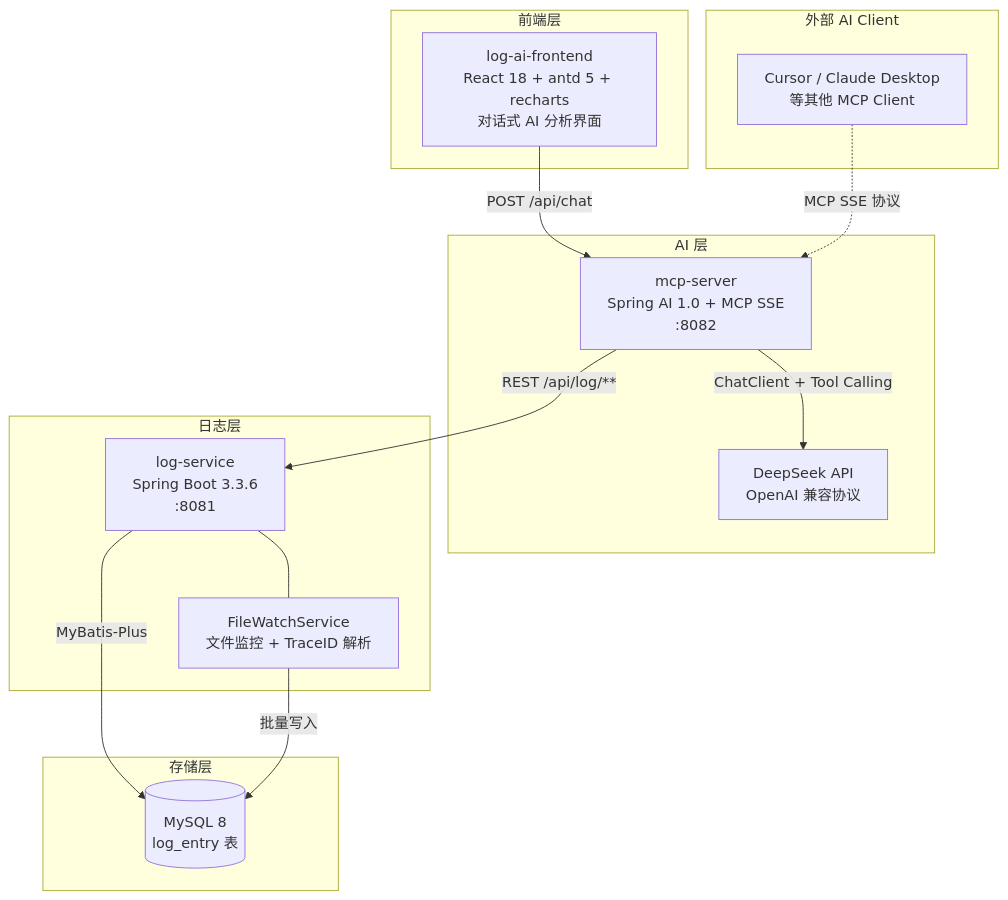
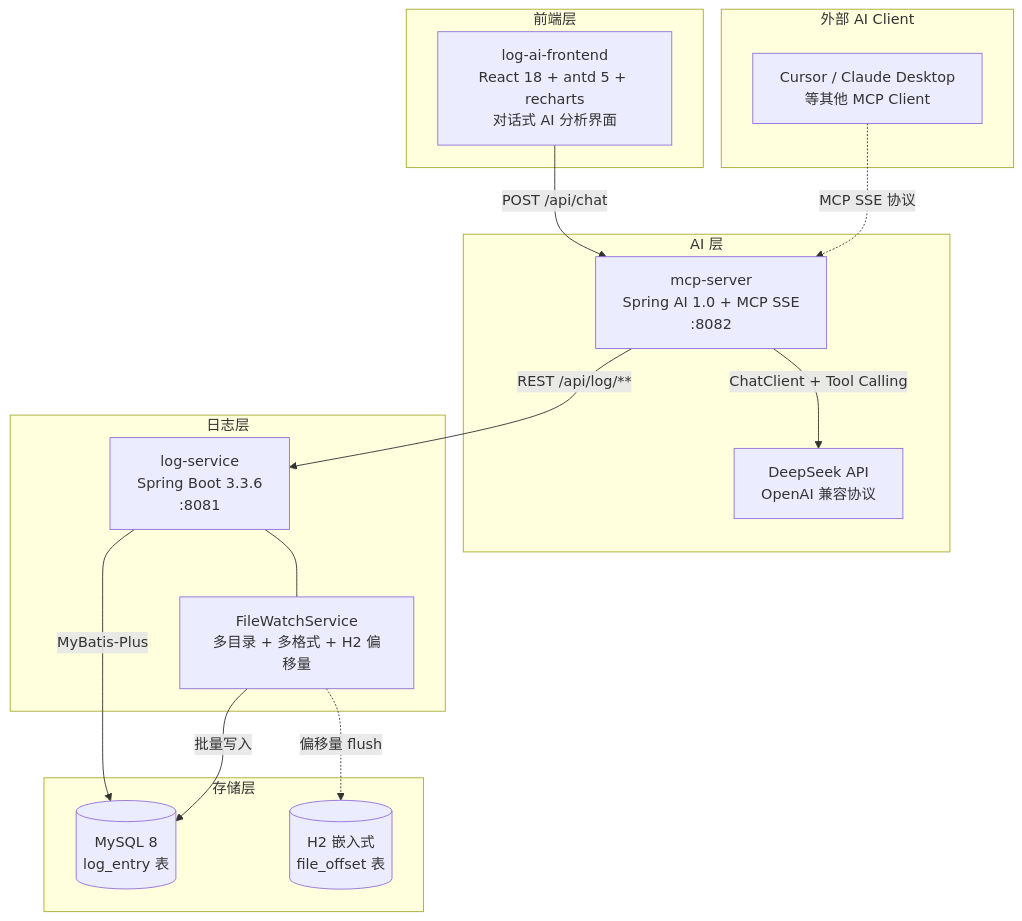
One commit to copbyte/log-ai changed the diagram in README.md. Above: the diagram before and after it, drawn with Mermaid. The commit also changed other lines of this file and 15 other files, not shown here.

````diff
--- a/README.md
+++ b/README.md
@@ -19,32 +19,34 @@
 ```mermaid
 flowchart TB
     subgraph FE[前端层]
         UI[log-ai-frontend<br/>React 18 + antd 5 + recharts<br/>对话式 AI 分析界面]
     end
 
     subgraph AI[AI 层]
         MCP[mcp-server<br/>Spring AI 1.0 + MCP SSE<br/>:8082]
         DS[DeepSeek API<br/>OpenAI 兼容协议]
         MCP -->|ChatClient + Tool Calling| DS
     end
 
     subgraph LOG[日志层]
         LS[log-service<br/>Spring Boot 3.3.6<br/>:8081]
-        FW[FileWatchService<br/>文件监控 + TraceID 解析]
+        FW[FileWatchService<br/>多目录 + 多格式 + H2 偏移量]
         LS --- FW
     end
 
     subgraph STORE[存储层]
         DB[(MySQL 8<br/>log_entry 表)]
+        H2[(H2 嵌入式<br/>file_offset 表)]
     end
 
     subgraph EXT[外部 AI Client]
         C1[Cursor / Claude Desktop<br/>等其他 MCP Client]
     end
 
     UI -->|POST /api/chat| MCP
     MCP -->|REST /api/log/**| LS
     LS -->|MyBatis-Plus| DB
     FW -->|批量写入| DB
+    FW -.->|偏移量 flush| H2
     C1 -.->|MCP SSE 协议| MCP
 ```
````
